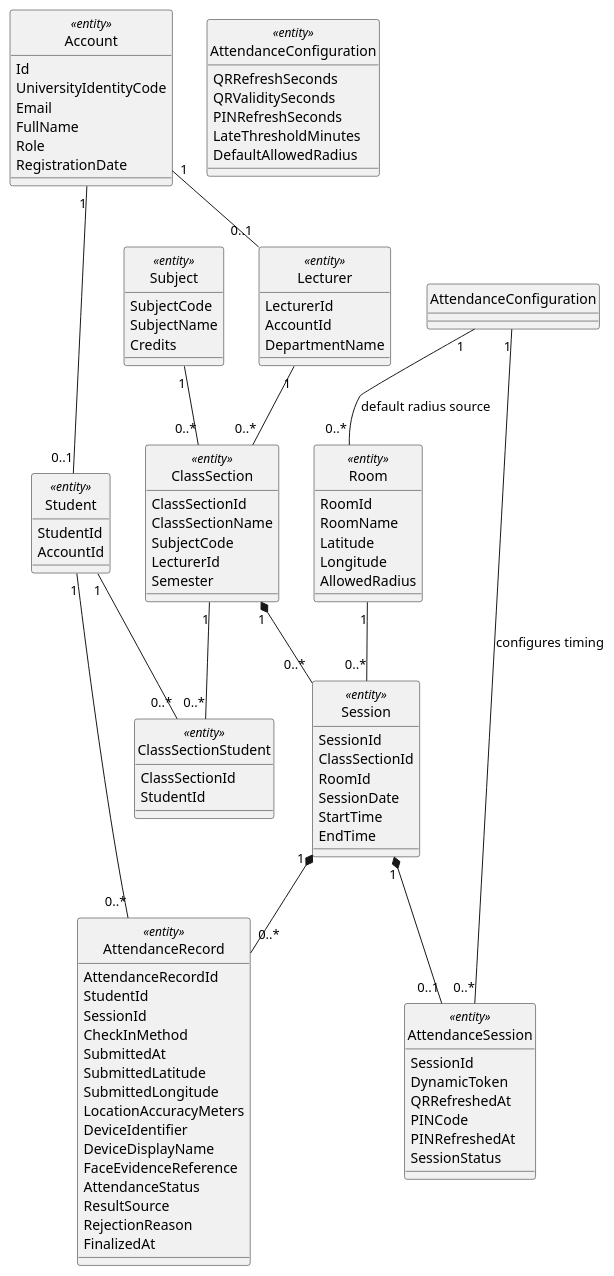
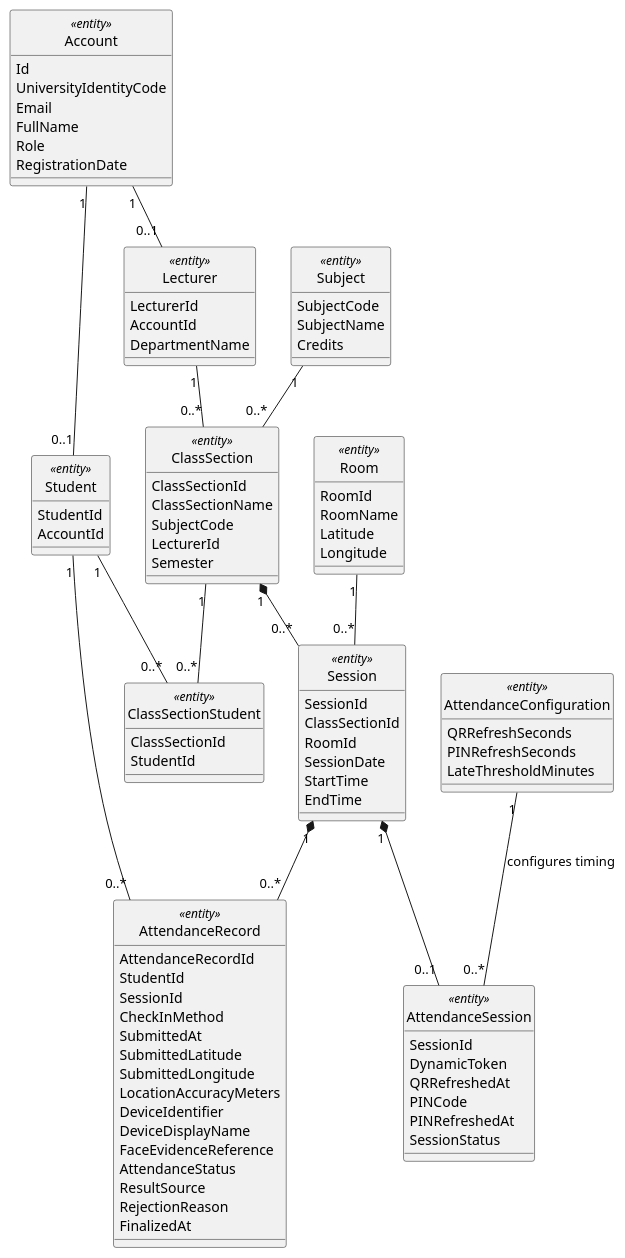
The first of 28 diagrams in docs/rds/2_Analysis.md (nttung42/SWD392), drawn with PlantUML before and after one commit. The commit also changed other lines of this file and 3 other files, not shown here.

````diff
--- a/docs/rds/2_Analysis.md
+++ b/docs/rds/2_Analysis.md
@@ -42,7 +42,6 @@
   RoomName
   Latitude
   Longitude
-  AllowedRadius
 }
 
 class "Subject" as Subject <<entity>> {
@@ -84,10 +83,8 @@
 
 class "AttendanceConfiguration" as AttendanceConfig <<entity>> {
   QRRefreshSeconds
-  QRValiditySeconds
   PINRefreshSeconds
   LateThresholdMinutes
-  DefaultAllowedRadius
 }
 
 class "AttendanceRecord" as AttendanceRecord <<entity>> {
@@ -119,7 +116,6 @@
 Session "1" *-- "0..1" AttendanceSession
 Session "1" *-- "0..*" AttendanceRecord
 Student "1" -- "0..*" AttendanceRecord
-AttendanceConfiguration "1" -- "0..*" AttendanceSession : configures timing
-AttendanceConfiguration "1" -- "0..*" Room : default radius source
+AttendanceConfig "1" -- "0..*" AttendanceSession : configures timing
 @enduml
 ```
````
